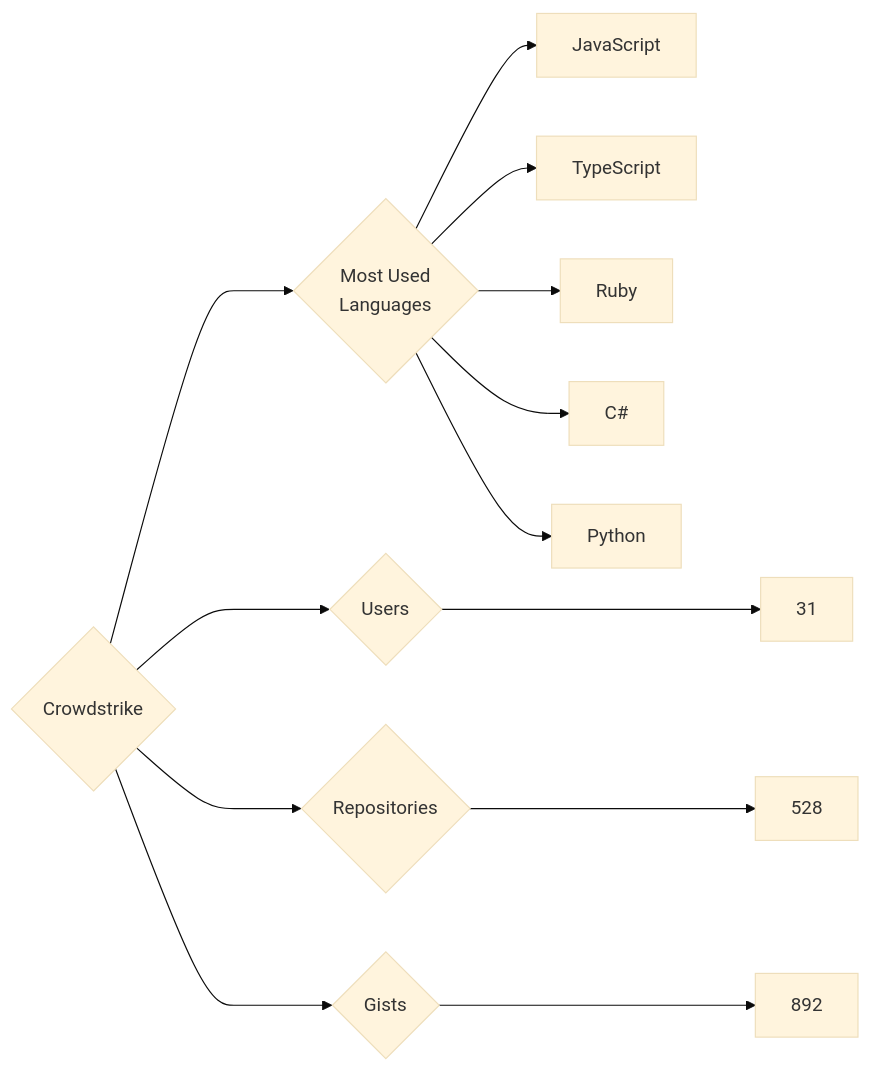
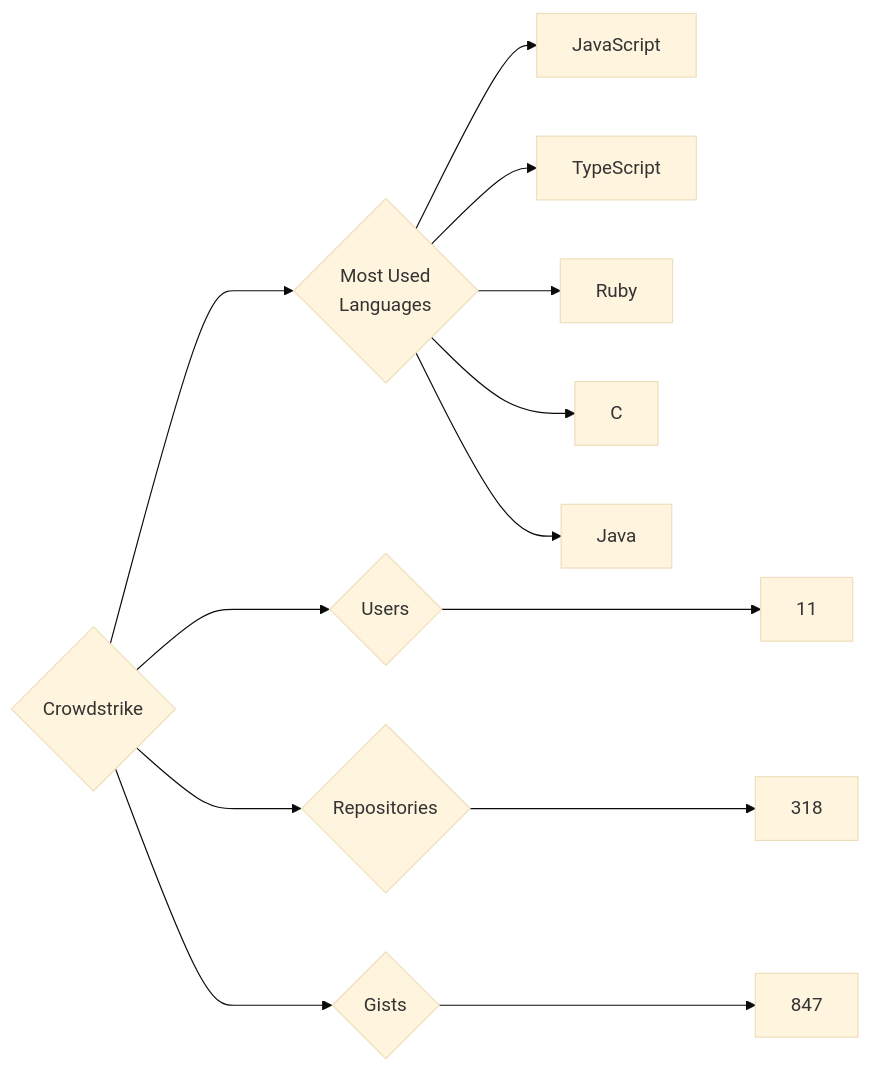
One commit to trickest/insiders changed the diagram in targets/Crowdstrike/README.md. Above: the diagram before and after it, drawn with Mermaid (base theme). The commit also changed 894 other files, not shown here.

````diff
--- a/targets/Crowdstrike/README.md
+++ b/targets/Crowdstrike/README.md
@@ -3,13 +3,13 @@
 ```mermaid
 graph LR
 COMPANY_NAME{Crowdstrike}
-COMPANY_NAME ---> U{Users} ---> UN[31]
-COMPANY_NAME ---> R{Repositories} ---> RN[528]
-COMPANY_NAME ---> G{Gists} ---> GN[892]
+COMPANY_NAME ---> U{Users} ---> UN[11]
+COMPANY_NAME ---> R{Repositories} ---> RN[318]
+COMPANY_NAME ---> G{Gists} ---> GN[847]
 COMPANY_NAME ---> ML{Most Used<br>Languages}
 ML --> JavaScript[JavaScript]
 ML --> TypeScript[TypeScript]
 ML --> Ruby[Ruby]
-ML --> C#[C#]
-ML --> Python[Python]
+ML --> C[C]
+ML --> Java[Java]
 ```
````
